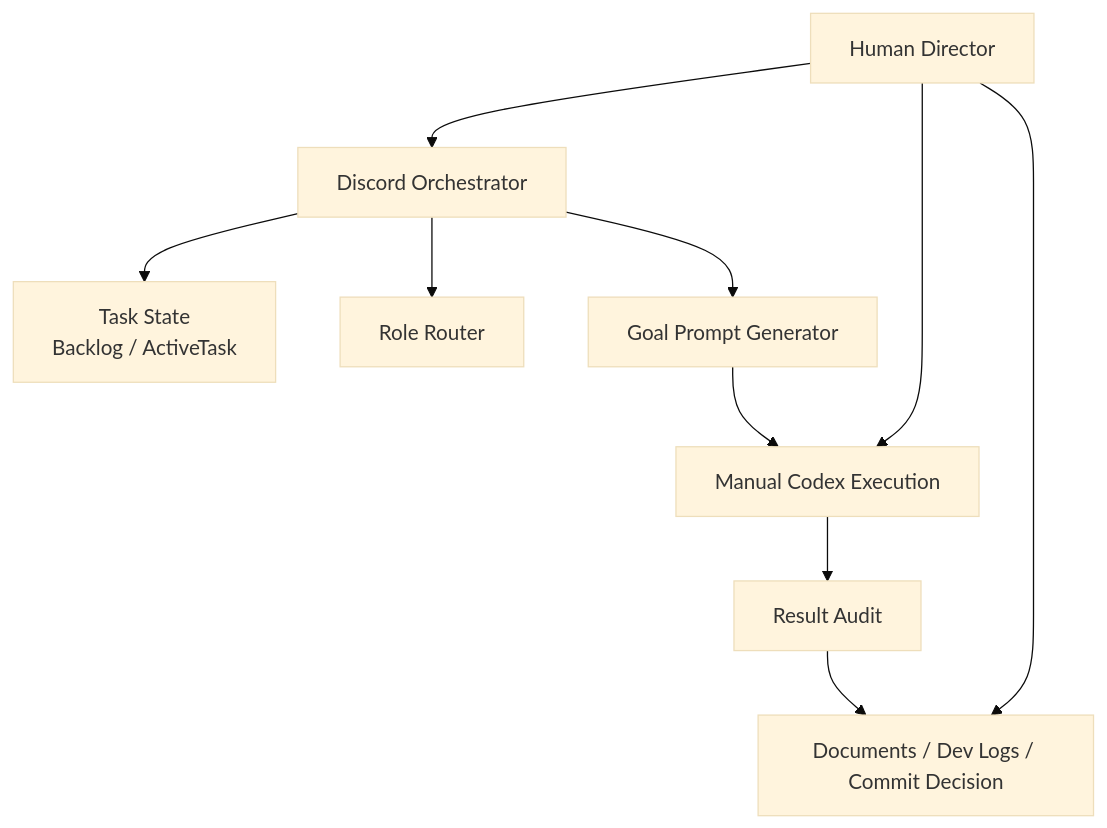
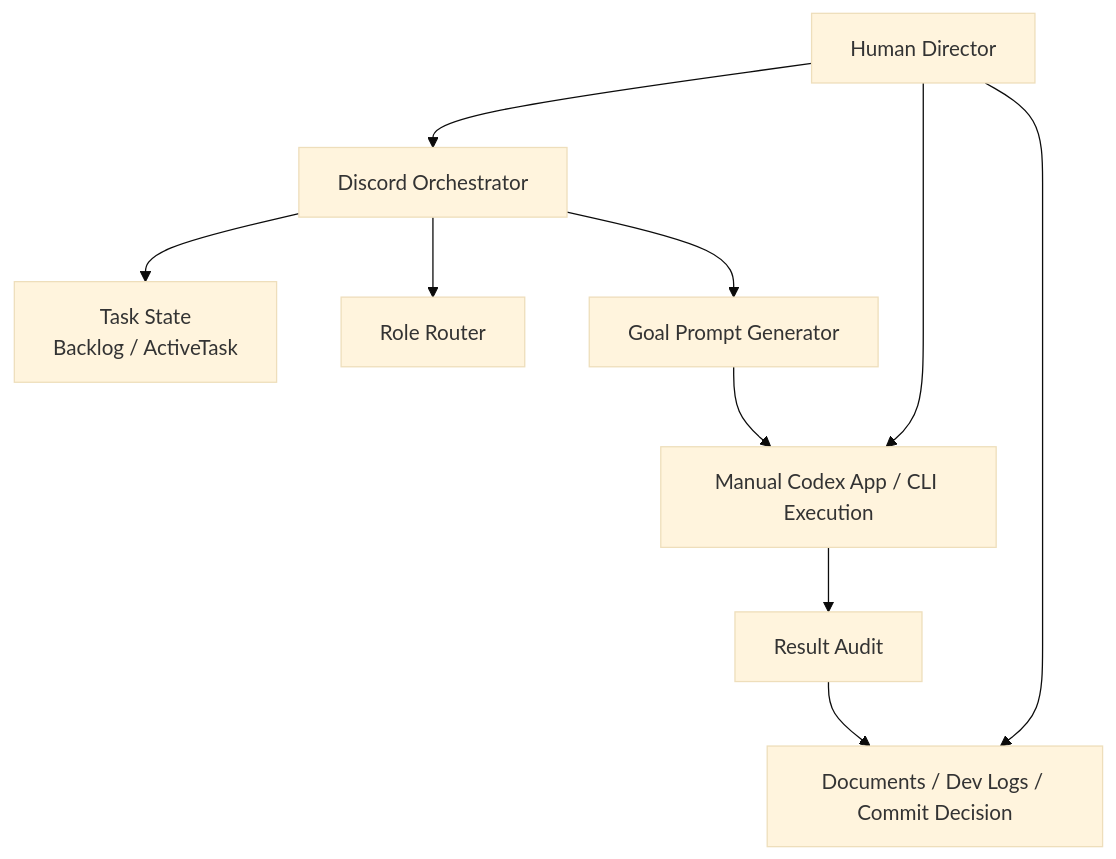
The diagram in _Docs/AIWorkflow/AIWorkflow_Overview_KR.md (cv-918/play-ground), drawn with Mermaid (base theme) before and after one commit. The commit also changed other lines of this file and 11 other files, not shown here.

Commit message:
chore: update AIWorkflow operating flow

````diff
--- a/_Docs/AIWorkflow/AIWorkflow_Overview_KR.md
+++ b/_Docs/AIWorkflow/AIWorkflow_Overview_KR.md
@@ -24,12 +71,12 @@
 ```mermaid
 flowchart TD
     H[Human Director] --> D[Discord Orchestrator]
     D --> T[Task State<br/>Backlog / ActiveTask]
     D --> R[Role Router]
     D --> G[Goal Prompt Generator]
-    G --> C[Manual Codex Execution]
+    G --> C[Manual Codex App / CLI Execution]
     C --> A[Result Audit]
     A --> L[Documents / Dev Logs / Commit Decision]
     H --> C
     H --> L
 ```
````
